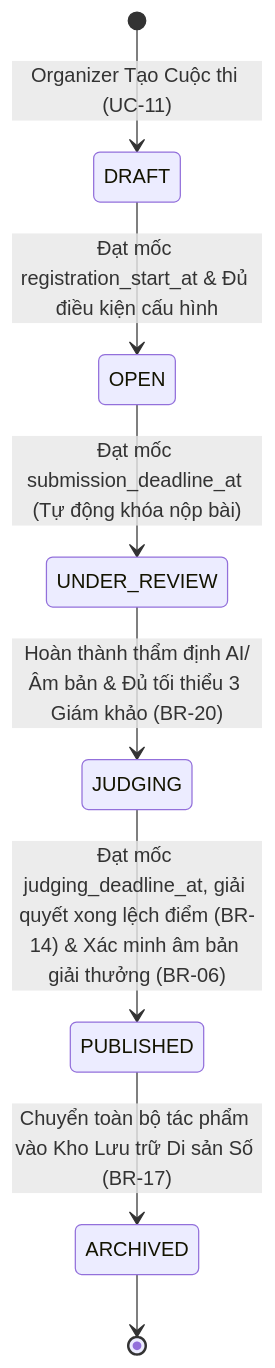
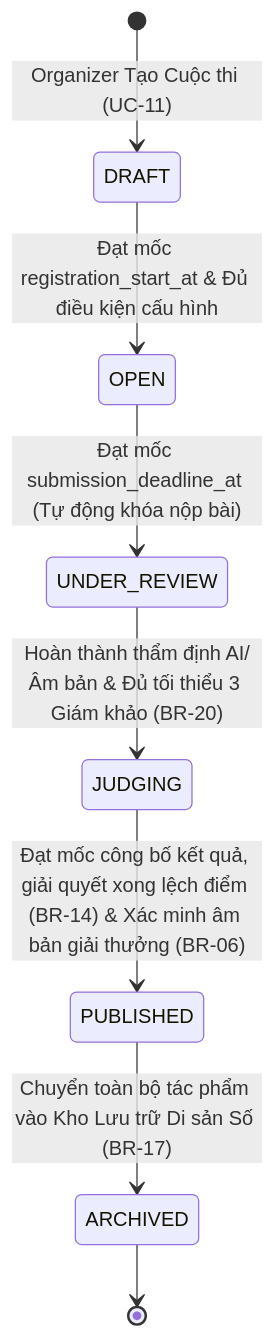
The second of 3 diagrams in docs/03-contest-lifecycle.md (hnamhocit/cnpm_110), drawn with Mermaid before and after one commit. The commit also changed other lines of this file and 20 other files, not shown here.

````diff
--- a/docs/03-contest-lifecycle.md
+++ b/docs/03-contest-lifecycle.md
@@ -231,10 +231,10 @@
 ```mermaid
 stateDiagram-v2
     [*] --> DRAFT : Organizer Tạo Cuộc thi (UC-11)
     DRAFT --> OPEN : Đạt mốc registration_start_at & Đủ điều kiện cấu hình
     OPEN --> UNDER_REVIEW : Đạt mốc submission_deadline_at (Tự động khóa nộp bài)
     UNDER_REVIEW --> JUDGING : Hoàn thành thẩm định AI/Âm bản & Đủ tối thiểu 3 Giám khảo (BR-20)
-    JUDGING --> PUBLISHED : Đạt mốc judging_deadline_at, giải quyết xong lệch điểm (BR-14) & Xác minh âm bản giải thưởng (BR-06)
+    JUDGING --> PUBLISHED : Đạt mốc công bố kết quả, giải quyết xong lệch điểm (BR-14) & Xác minh âm bản giải thưởng (BR-06)
     PUBLISHED --> ARCHIVED : Chuyển toàn bộ tác phẩm vào Kho Lưu trữ Di sản Số (BR-17)
     ARCHIVED --> [*]
 ```
````
